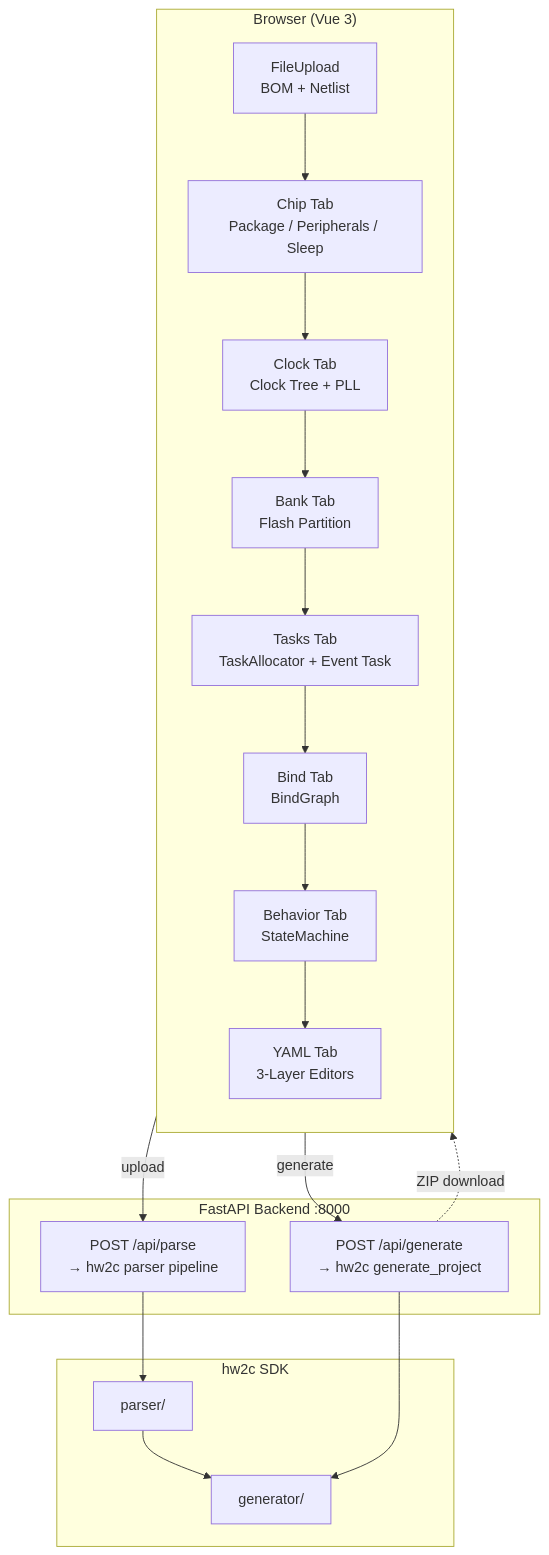
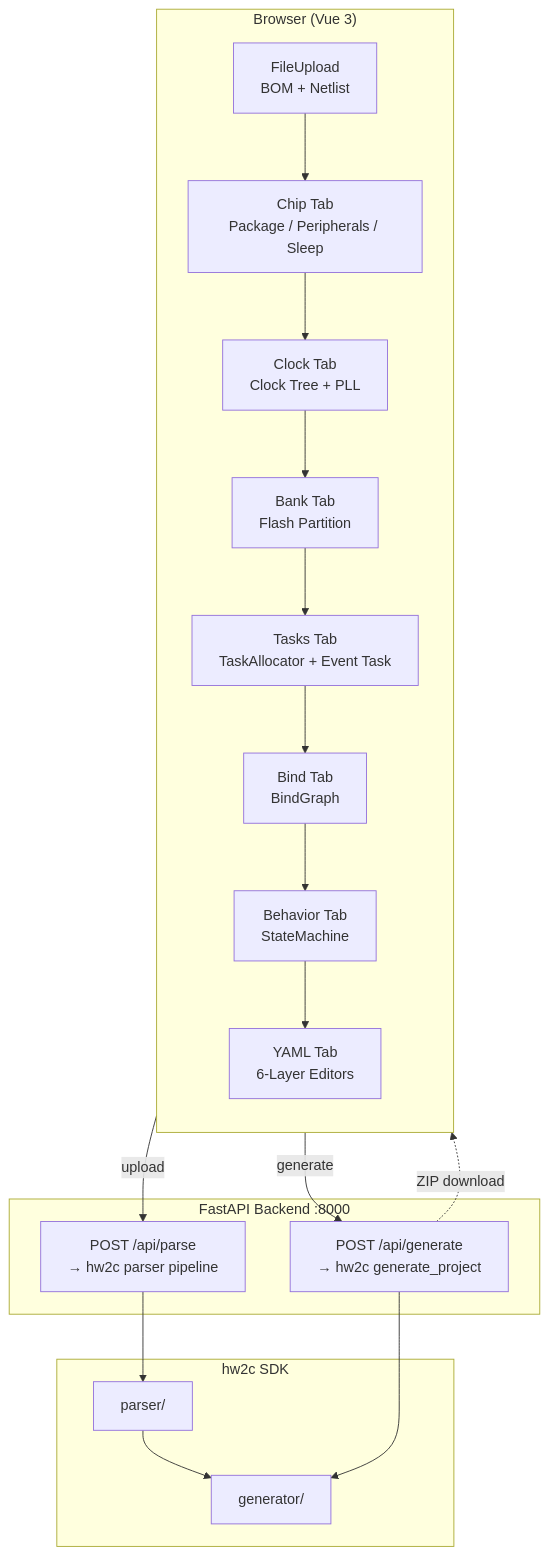
The second of 2 diagrams in README.md (jinliangliu/hw2c-web), drawn with Mermaid before and after one commit. The commit also changed other lines of this file and 25 other files, not shown here.

````diff
--- a/README.md
+++ b/README.md
@@ -258,26 +315,26 @@
 ```mermaid
 flowchart TB
     subgraph Browser["Browser (Vue 3)"]
         direction TB
         FH["FileUpload<br>BOM + Netlist"] --> CHIP["Chip Tab<br>Package / Peripherals / Sleep"]
         CHIP --> CLOCK["Clock Tab<br>Clock Tree + PLL"]
         CLOCK --> BANK["Bank Tab<br>Flash Partition"]
         BANK --> TASK["Tasks Tab<br>TaskAllocator + Event Task"]
         TASK --> BIND["Bind Tab<br>BindGraph"]
         BIND --> BEH["Behavior Tab<br>StateMachine"]
-        BEH --> YAML["YAML Tab<br>3-Layer Editors"]
+        BEH --> YAML["YAML Tab<br>6-Layer Editors"]
     end
 
     subgraph API["FastAPI Backend :8000"]
         PARSE["POST /api/parse<br>→ hw2c parser pipeline"]
         GEN["POST /api/generate<br>→ hw2c generate_project"]
     end
 
     subgraph Engine["hw2c SDK"]
         P["parser/"] --> G["generator/"]
     end
 
     Browser -->|"upload"| PARSE --> P
     YAML -->|"generate"| GEN --> G
     GEN -.->|"ZIP download"| Browser
 ```
````
